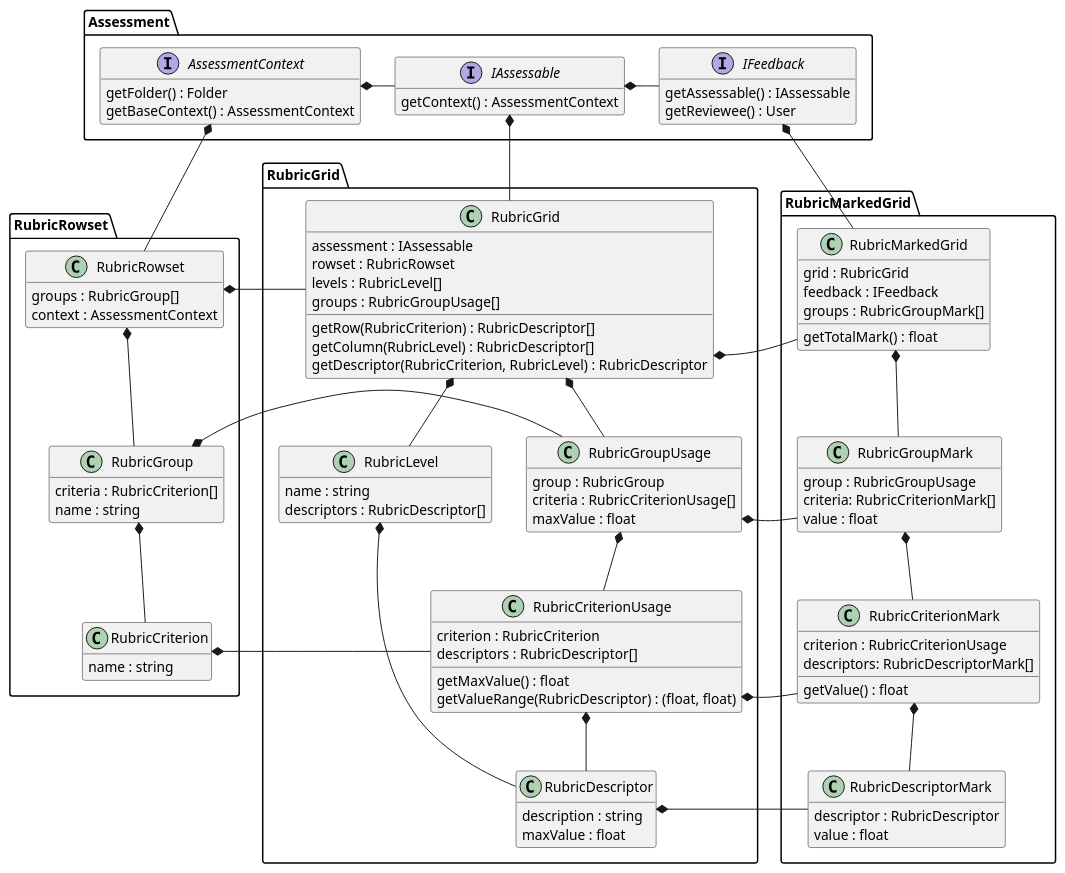
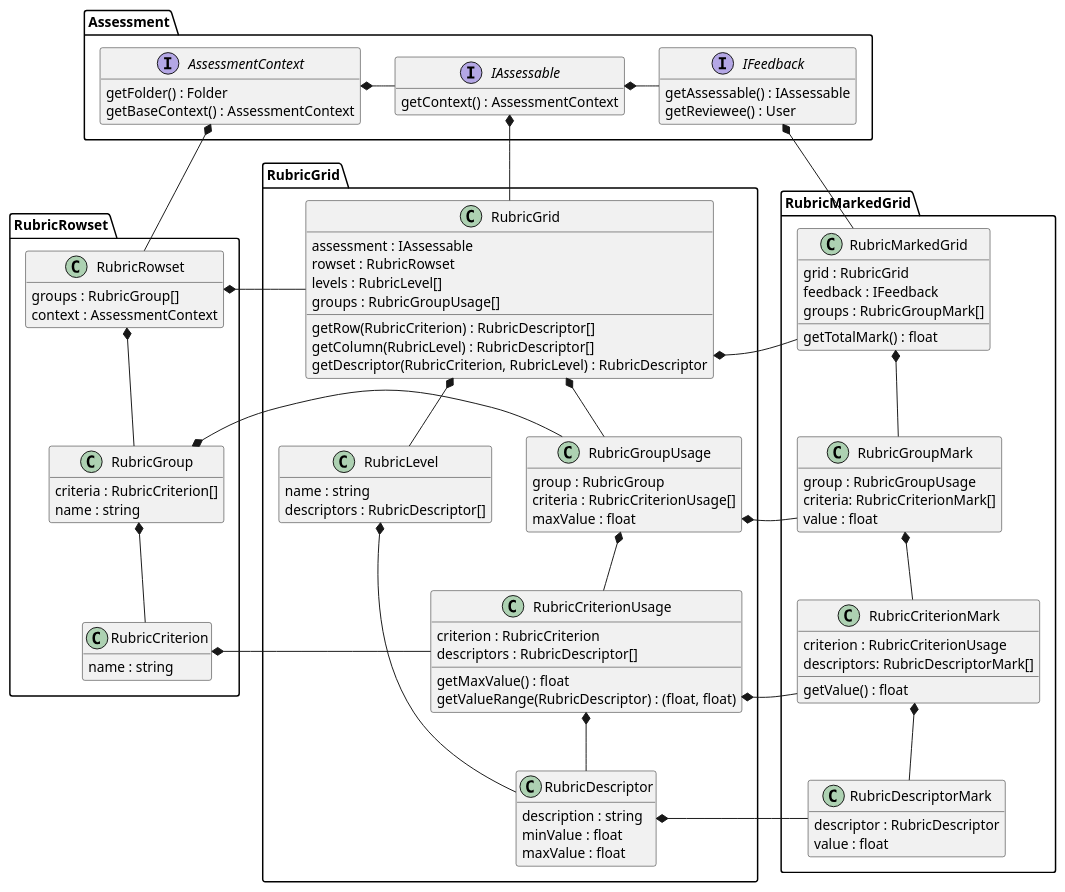
Before and after one commit to juliaattrevisan/schoolbox-api-docs: the diagram in library/Schoolbox/Assessment/Rubric/Rubric.plantuml, drawn with PlantUML. The commit also changed 1 other file, not shown here.

Commit message:
Add minValue to descriptor [SA-7282]
This isn't in the database, but in the domain model makes sense.
It will be derived from the descriptors in the criteria.

```diff
--- a/library/Schoolbox/Assessment/Rubric/Rubric.plantuml
+++ b/library/Schoolbox/Assessment/Rubric/Rubric.plantuml
@@ -1,147 +1,148 @@
 @startuml
 
 hide empty fields
 hide empty methods
 
 namespace Assessment {
 
     interface AssessmentContext {
         getFolder() : Folder
         getBaseContext() : AssessmentContext
     }
 
     interface IAssessable {
         getContext() : AssessmentContext
     }
 
     interface IFeedback {
         getAssessable() : IAssessable
         getReviewee() : User
     }
 
     ' internal relations
     AssessmentContext *-r- IAssessable
     IAssessable *-r- IFeedback
 }
 
 
 namespace RubricRowset {
 
     class RubricRowset {
         groups : RubricGroup[]
         context : AssessmentContext
     }
 
     class RubricGroup {
         criteria : RubricCriterion[]
         name : string
     }
 
     class RubricCriterion {
         name : string
     }
 
     ' internal relations
     RubricRowset *-d- RubricGroup
     RubricGroup *-d- RubricCriterion
 
     ' relation to Assessment
     Assessment.AssessmentContext *-d- RubricRowset
 }
 
 
 namespace RubricGrid {
 
     class RubricGrid {
         assessment : IAssessable
         rowset : RubricRowset
         levels : RubricLevel[]
         groups : RubricGroupUsage[]
         getRow(RubricCriterion) : RubricDescriptor[]
         getColumn(RubricLevel) : RubricDescriptor[]
         getDescriptor(RubricCriterion, RubricLevel) : RubricDescriptor
     }
 
     class RubricGroupUsage {
         group : RubricGroup
         criteria : RubricCriterionUsage[]
         maxValue : float
     }
 
     class RubricCriterionUsage {
         criterion : RubricCriterion
         descriptors : RubricDescriptor[]
         getMaxValue() : float
         getValueRange(RubricDescriptor) : (float, float)
     }
 
     class RubricLevel {
         name : string
         descriptors : RubricDescriptor[]
     }
 
     class RubricDescriptor {
         description : string
+        minValue : float
         maxValue : float
     }
 
     ' internal relations
     RubricGrid *-d- RubricGroupUsage
     RubricGroupUsage *-d- RubricCriterionUsage
     RubricCriterionUsage *-d- RubricDescriptor
     RubricGrid *-d- RubricLevel
     RubricLevel *-r- RubricDescriptor
     RubricLevel *-[hidden]r- RubricGroupUsage
 
     ' relation to Assessment
     Assessment.IAssessable *-d- RubricGrid
 
     ' relation to RubricRowset
     RubricGrid -l-* RubricRowset.RubricRowset
     RubricGroupUsage -l-* RubricRowset.RubricGroup
     RubricCriterionUsage -l-* RubricRowset.RubricCriterion
 }
 
 
 namespace RubricMarkedGrid {
 
     class RubricMarkedGrid {
         grid : RubricGrid
         feedback : IFeedback
         groups : RubricGroupMark[]
         getTotalMark() : float
     }
 
     class RubricGroupMark {
         group : RubricGroupUsage
         criteria: RubricCriterionMark[]
         value : float
     }
 
     class RubricCriterionMark {
         criterion : RubricCriterionUsage
         descriptors: RubricDescriptorMark[]
         getValue() : float
     }
 
     class RubricDescriptorMark {
         descriptor : RubricDescriptor
         value : float
     }
 
     ' internal relations
     RubricMarkedGrid *-d- RubricGroupMark
     RubricGroupMark *-d- RubricCriterionMark
     RubricCriterionMark *-d- RubricDescriptorMark
 
     ' relation to Assessment
     Assessment.IFeedback *-d- RubricMarkedGrid
 
     ' relation to RubricGrid
     RubricMarkedGrid -l-* RubricGrid.RubricGrid
     RubricGroupMark -l-* RubricGrid.RubricGroupUsage
     RubricCriterionMark -l-* RubricGrid.RubricCriterionUsage
     RubricDescriptorMark -l-* RubricGrid.RubricDescriptor
 }
 
 @enduml
```
